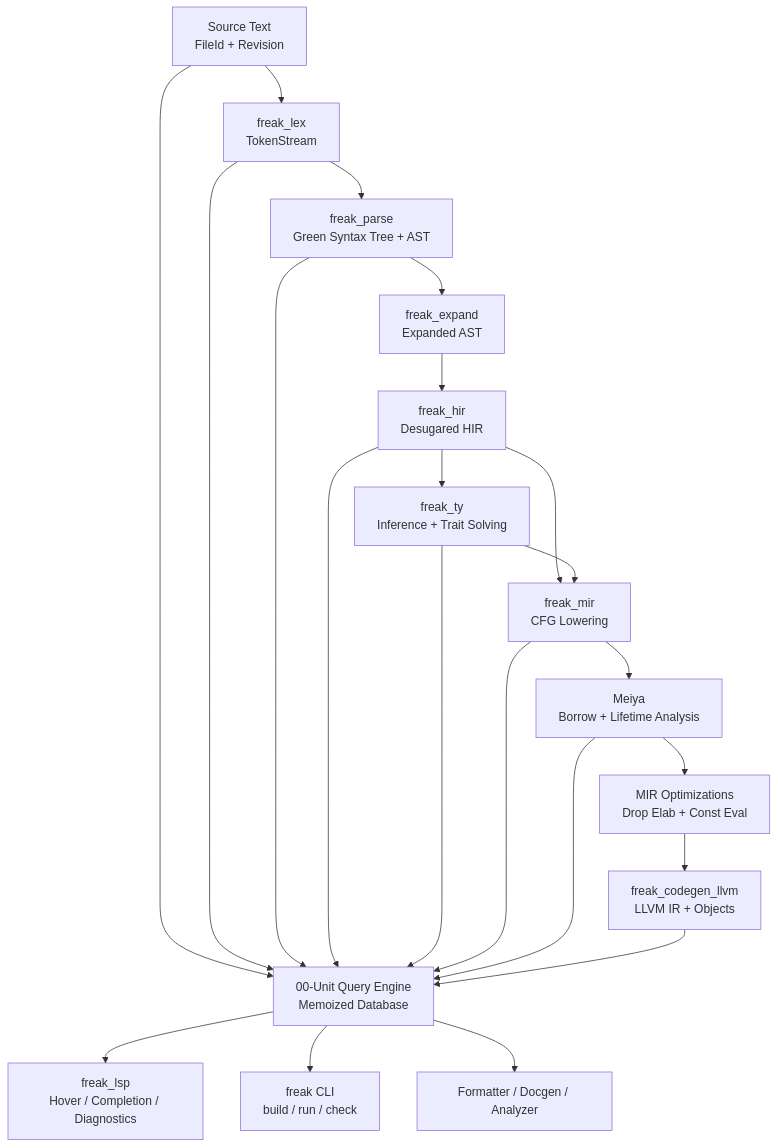
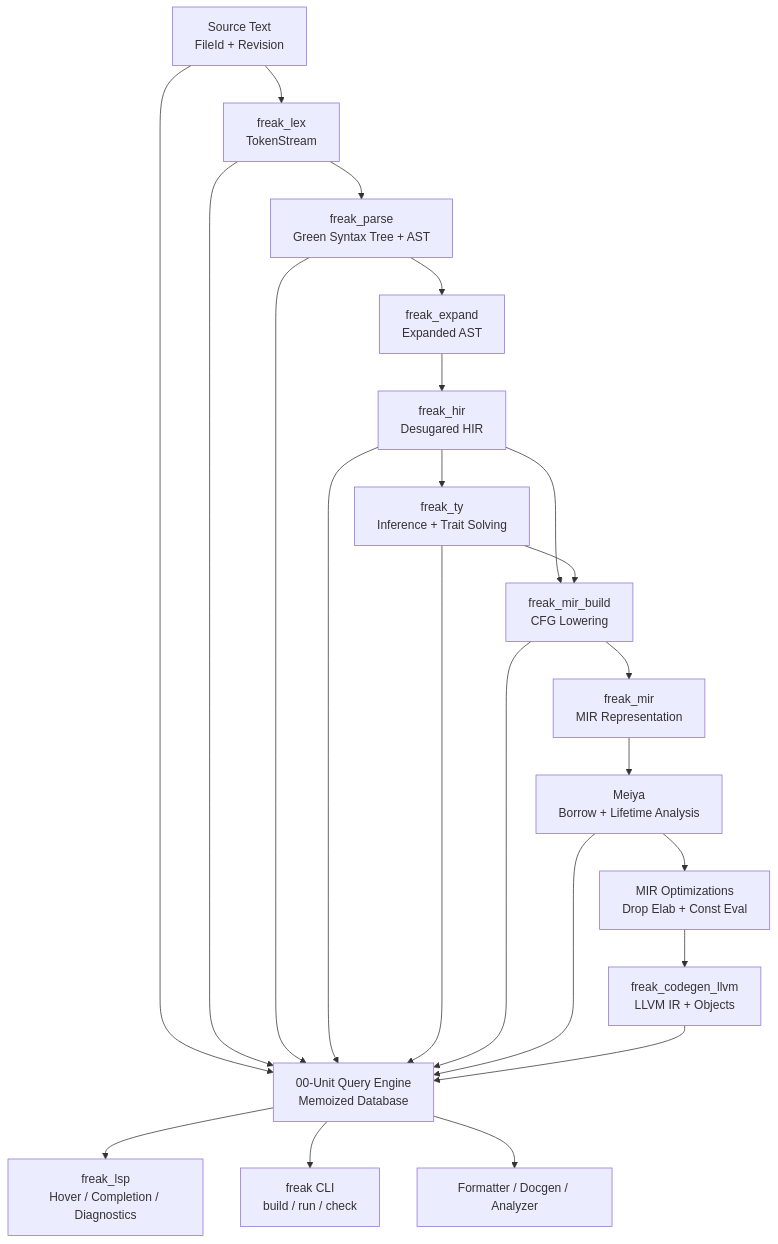
Before and after one commit to FREAK-lang-dev/Freak-lang: the first of 5 diagrams in freakc-v4-00-unit-architecture.md, drawn with Mermaid. The commit also changed other lines of this file and 7 other files, not shown here.

First line of the commit message:
refactor(v4): split MIR construction from representation (#92)

````diff
--- a/freakc-v4-00-unit-architecture.md
+++ b/freakc-v4-00-unit-architecture.md
@@ -41,24 +41,25 @@
 ```mermaid
 flowchart TD
     Source["Source Text<br/>FileId + Revision"] --> Lex["freak_lex<br/>TokenStream"]
     Lex --> Parse["freak_parse<br/>Green Syntax Tree + AST"]
     Parse --> Macro["freak_expand<br/>Expanded AST"]
     Macro --> Hir["freak_hir<br/>Desugared HIR"]
     Hir --> Ty["freak_ty<br/>Inference + Trait Solving"]
-    Hir --> MirLower["freak_mir<br/>CFG Lowering"]
+    Hir --> MirLower["freak_mir_build<br/>CFG Lowering"]
     Ty --> MirLower
-    MirLower --> Borrow["Meiya<br/>Borrow + Lifetime Analysis"]
+    MirLower --> Mir["freak_mir<br/>MIR Representation"]
+    Mir --> Borrow["Meiya<br/>Borrow + Lifetime Analysis"]
     Borrow --> Opt["MIR Optimizations<br/>Drop Elab + Const Eval"]
     Opt --> Llvm["freak_codegen_llvm<br/>LLVM IR + Objects"]
     Source --> Query["00-Unit Query Engine<br/>Memoized Database"]
     Lex --> Query
     Parse --> Query
     Hir --> Query
     Ty --> Query
     MirLower --> Query
     Borrow --> Query
     Llvm --> Query
     Query --> Lsp["freak_lsp<br/>Hover / Completion / Diagnostics"]
     Query --> Cli["freak CLI<br/>build / run / check"]
     Query --> Tools["Formatter / Docgen / Analyzer"]
 ```
````
